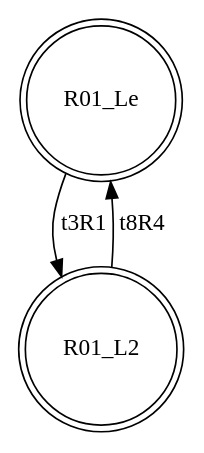
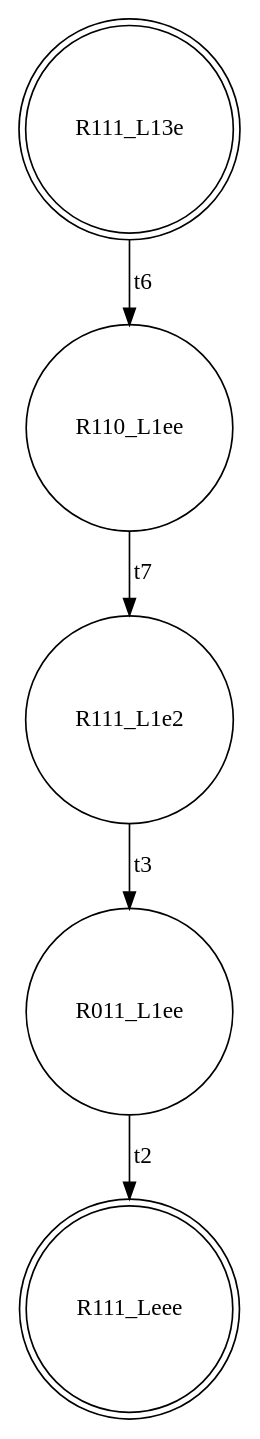
Before and after one commit to Stefano-BS/Explanatory-Diagnosis: the diagram in debug/4_SC.dot, drawn with Graphviz. The commit also changed 86 other files, not shown here.

```diff
--- a/debug/4_SC.dot
+++ b/debug/4_SC.dot
@@ -1,6 +1,11 @@
 digraph "SCdebug/4" {
-node [shape=doublecircle]; R01_Le ;
-node [shape=doublecircle]; R01_L2 ;
-R01_Le -> R01_L2 [label=t3R1]
-R01_L2 -> R01_Le [label=t8R4]
+node [shape=doublecircle]; R111_L13e ;
+node [shape=circle]; R110_L1ee ;
+node [shape=circle]; R111_L1e2 ;
+node [shape=circle]; R011_L1ee ;
+node [shape=doublecircle]; R111_Leee ;
+R111_L13e -> R110_L1ee [label=t6]
+R110_L1ee -> R111_L1e2 [label=t7]
+R111_L1e2 -> R011_L1ee [label=t3]
+R011_L1ee -> R111_Leee [label=t2]
 }
```
